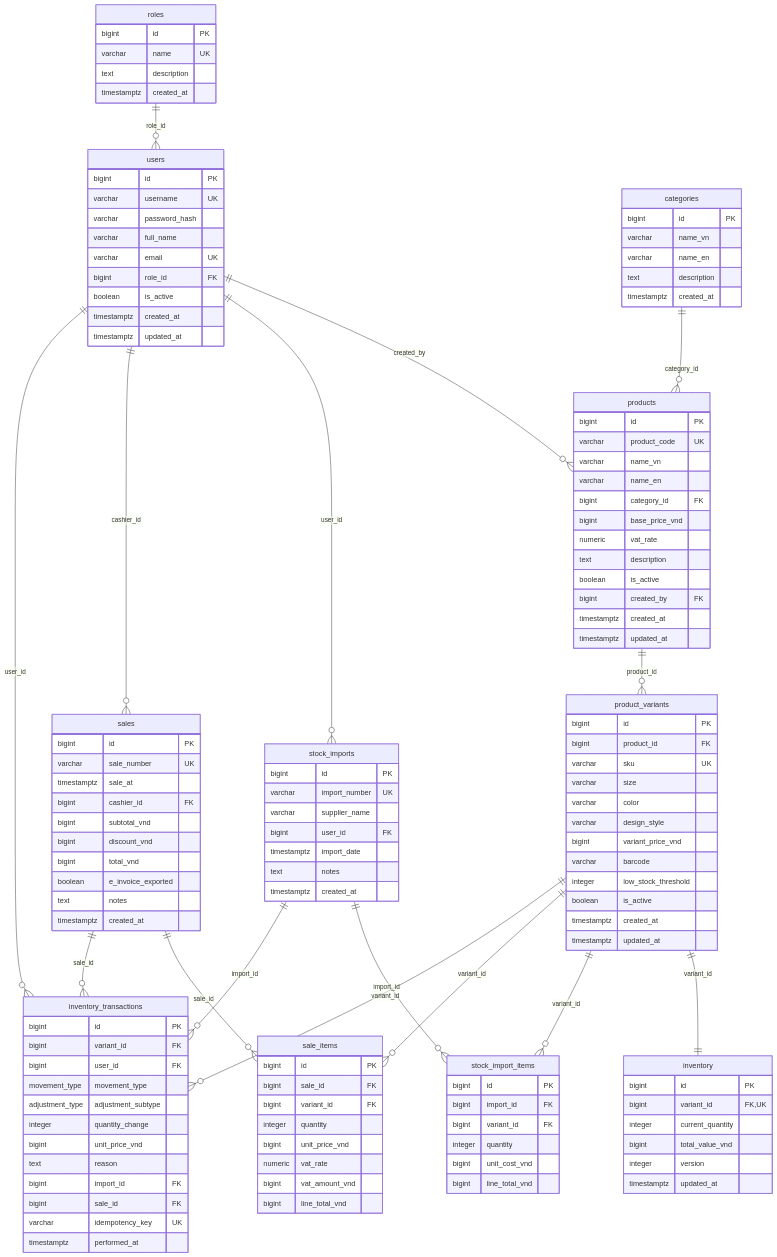
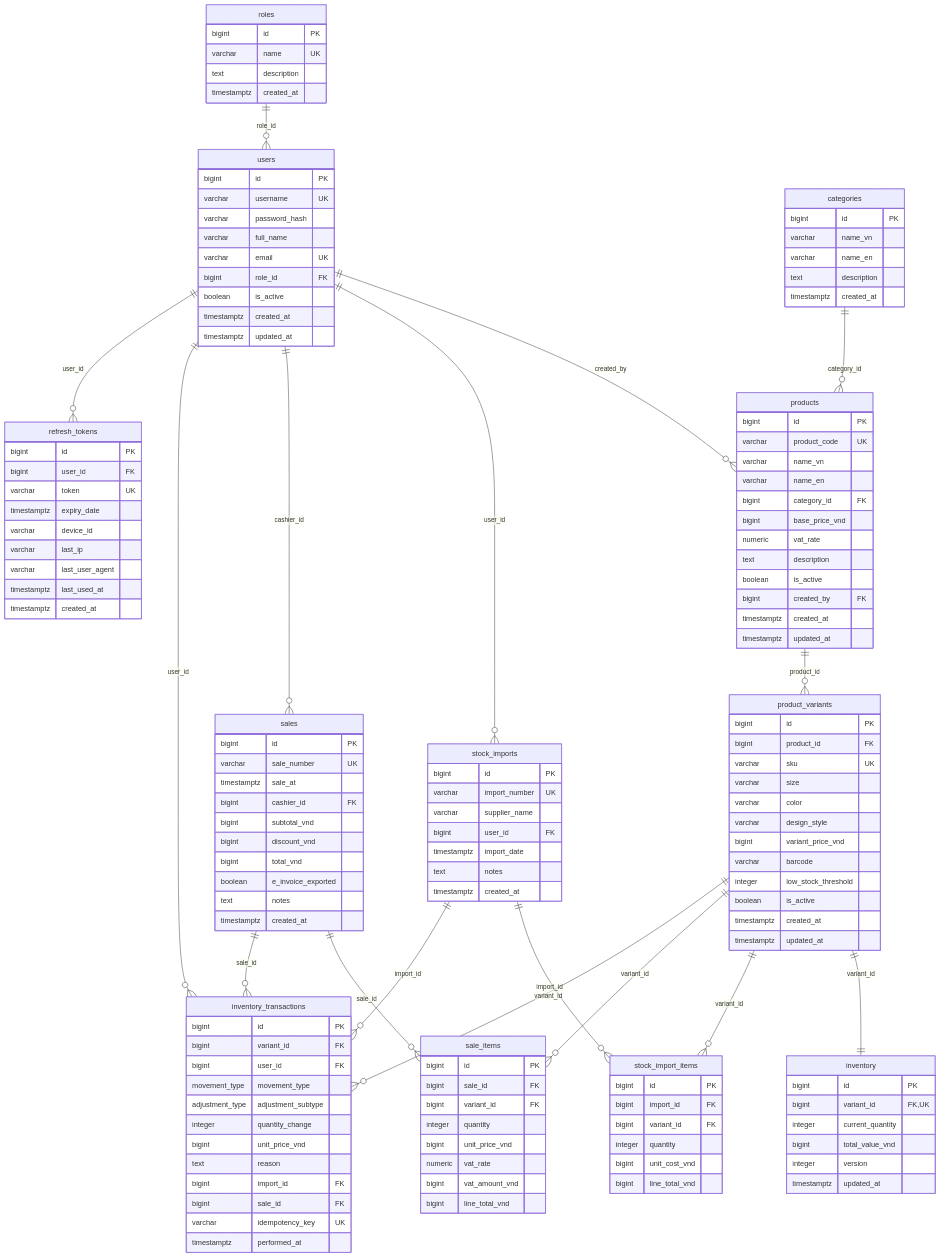
Before and after one commit to ltphat2204/inventory-management-system: the second of 2 diagrams in README.md, drawn with Mermaid.

Commit message:
docs: add refresh_tokens to ERD in root README
Add the refresh_tokens table (user_id FK, token UK, expiry_date,
device_id, last_ip, last_user_agent, last_used_at, created_at)
and its relationship line (users ||--o{ refresh_tokens) to the
Mermaid ERD diagram, reflecting the token-based auth schema
implemented in the auth sprint.

```diff
--- a/README.md
+++ b/README.md
@@ -194,6 +194,18 @@
         bigint line_total_vnd
     }
 
+    refresh_tokens {
+        bigint id PK
+        bigint user_id FK
+        varchar token UK
+        timestamptz expiry_date
+        varchar device_id
+        varchar last_ip
+        varchar last_user_agent
+        timestamptz last_used_at
+        timestamptz created_at
+    }
+
     inventory_transactions {
         bigint id PK
         bigint variant_id FK
@@ -214,6 +226,7 @@
     users ||--o{ stock_imports : "user_id"
     users ||--o{ sales : "cashier_id"
     users ||--o{ inventory_transactions : "user_id"
+    users ||--o{ refresh_tokens : "user_id"
     roles ||--o{ users : "role_id"
     categories ||--o{ products : "category_id"
     products ||--o{ product_variants : "product_id"
```
